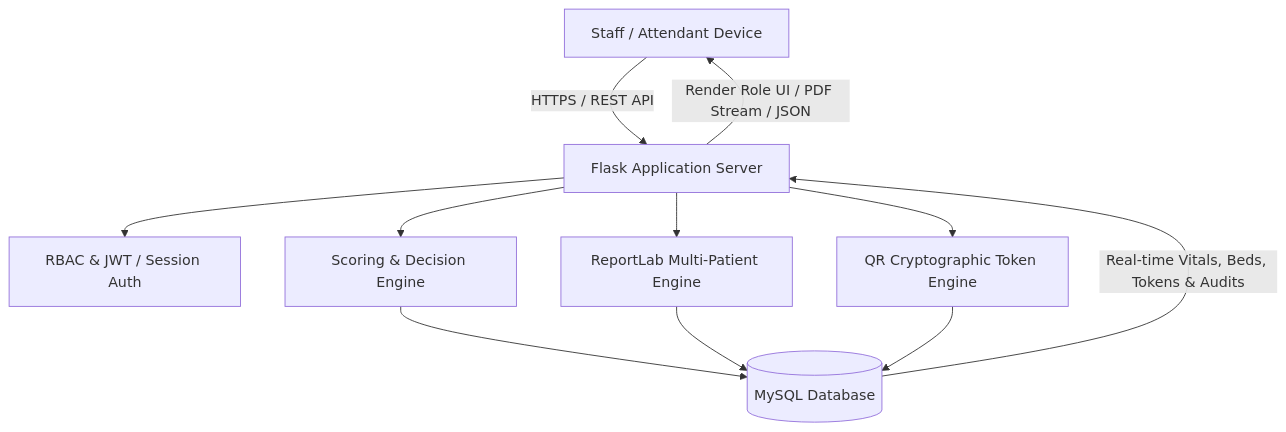
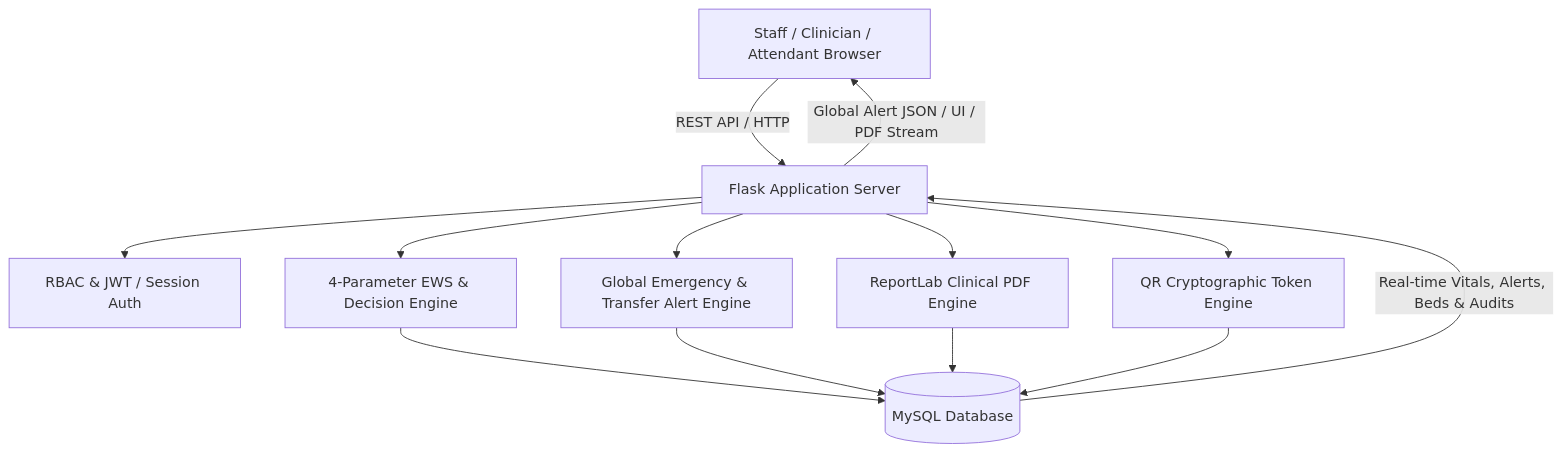
The diagram in Jeevan-Setu-Final/README.md (Thanush505/Jeevan-Setu), drawn with Mermaid before and after one commit. The commit also changed other lines of this file, not shown here.

Commit message:
docs: update README with Global Emergency Alerts, Transfer Monitoring, RBAC credentials, and architecture

````diff
--- a/Jeevan-Setu-Final/README.md
+++ b/Jeevan-Setu-Final/README.md
@@ -93,13 +114,15 @@
 ```mermaid
 graph TD
-    A[Staff / Attendant Device] -->|HTTPS / REST API| B[Flask Application Server]
+    A[Staff / Clinician / Attendant Browser] -->|REST API / HTTP| B[Flask Application Server]
     B --> C[RBAC & JWT / Session Auth]
-    B --> D[Scoring & Decision Engine]
-    B --> E[ReportLab Multi-Patient Engine]
-    B --> F[QR Cryptographic Token Engine]
-    D --> G[(MySQL Database)]
-    E --> G
-    F --> G
-    G -->|Real-time Vitals, Beds, Tokens & Audits| B
-    B -->|Render Role UI / PDF Stream / JSON| A
+    B --> D[4-Parameter EWS & Decision Engine]
+    B --> E[Global Emergency & Transfer Alert Engine]
+    B --> F[ReportLab Clinical PDF Engine]
+    B --> G[QR Cryptographic Token Engine]
+    D --> H[(MySQL Database)]
+    E --> H
+    F --> H
+    G --> H
+    H -->|Real-time Vitals, Alerts, Beds & Audits| B
+    B -->|Global Alert JSON / UI / PDF Stream| A
 ```
````
